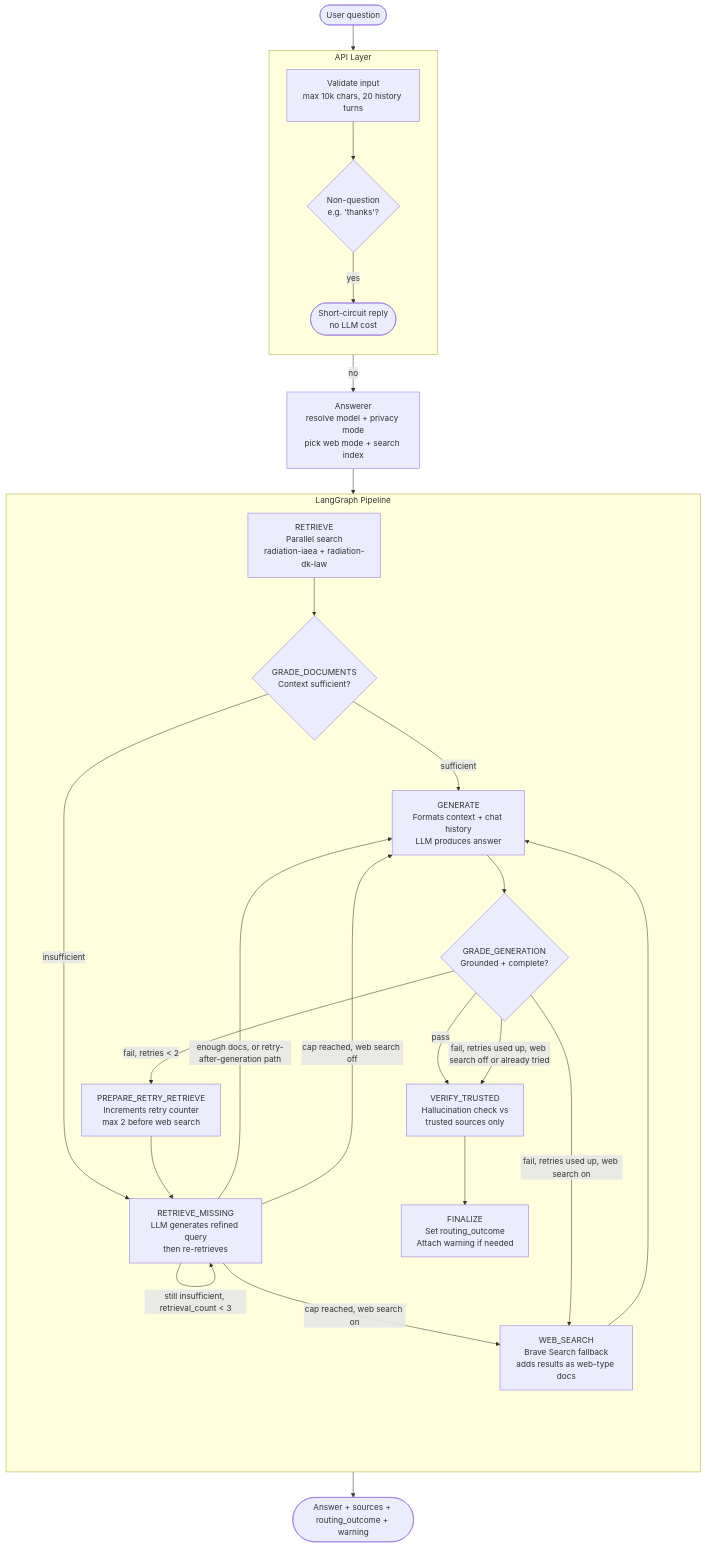
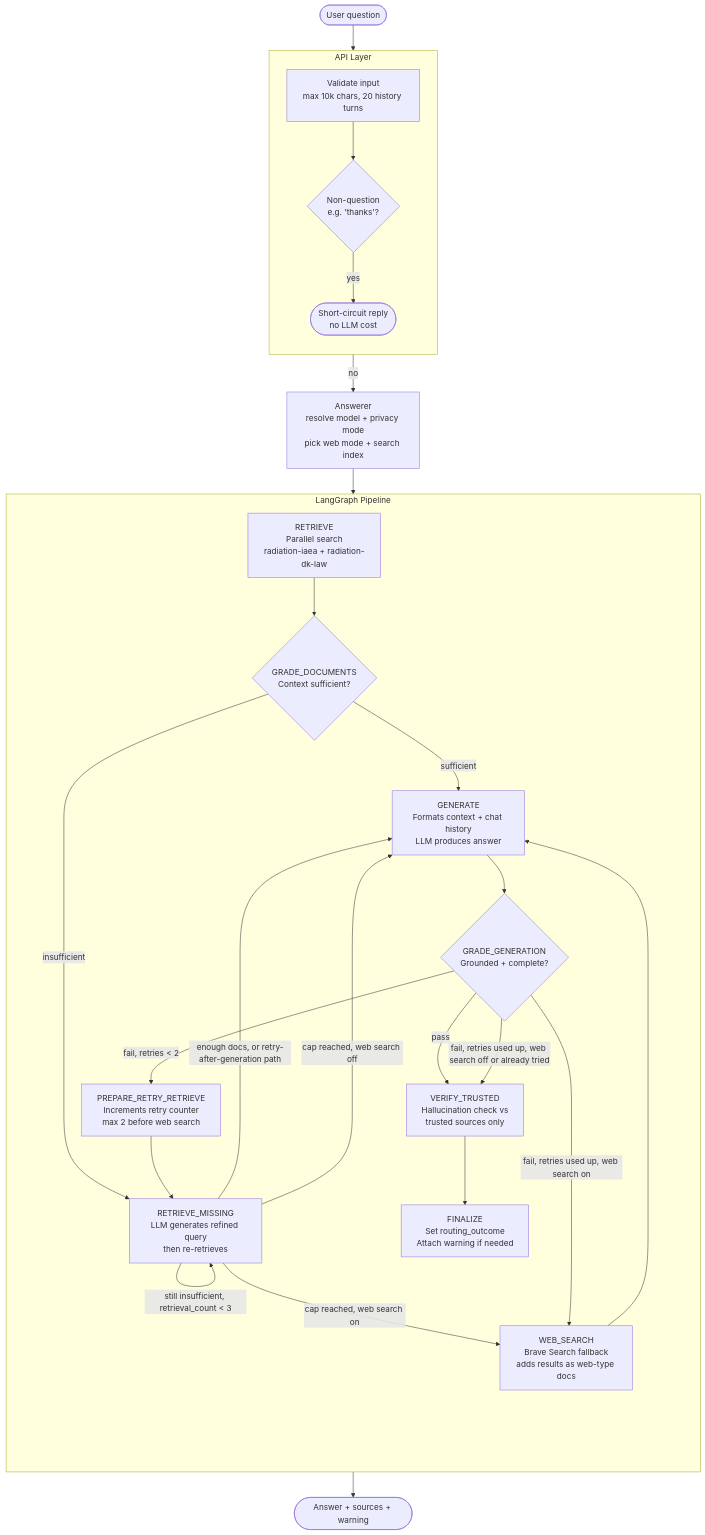
One commit to eikrad/Radiationsafety changed the second of 6 diagrams in docs/architecture.md. Above: the diagram before and after it, drawn with Mermaid. The commit also changed other lines of this file and 6 other files, not shown here.

````diff
--- a/docs/architecture.md
+++ b/docs/architecture.md
@@ -72,46 +33,46 @@
 ```mermaid
 flowchart TD
     Q([User question]) --> API
 
     subgraph API [API Layer]
         direction TB
-        V[Validate input\nmax 10k chars, 20 history turns]
-        NC{Non-question\ne.g. 'thanks'?}
+        V[Validate input<br/>max 10k chars, 20 history turns]
+        NC{Non-question<br/>e.g. 'thanks'?}
         V --> NC
-        NC -->|yes| SC([Short-circuit reply\nno LLM cost])
+        NC -->|yes| SC([Short-circuit reply<br/>no LLM cost])
     end
 
-    NC -->|no| RES[Answerer\nresolve model + privacy mode\npick web mode + search index]
+    NC -->|no| RES[Answerer<br/>resolve model + privacy mode<br/>pick web mode + search index]
     RES --> GRAPH
 
     subgraph GRAPH [LangGraph Pipeline]
         direction TB
-        R[RETRIEVE\nParallel search\nradiation-iaea + radiation-dk-law]
-        GD{GRADE_DOCUMENTS\nContext sufficient?}
-        RM[RETRIEVE_MISSING\nLLM generates refined query\nthen re-retrieves]
-        WS[WEB_SEARCH\nBrave Search fallback\nadds results as web-type docs]
-        GEN[GENERATE\nFormats context + chat history\nLLM produces answer]
-        GG{GRADE_GENERATION\nGrounded + complete?}
-        PRR[PREPARE_RETRY_RETRIEVE\nIncrements retry counter\nmax 2 before web search]
-        VT[VERIFY_TRUSTED\nHallucination check vs\ntrusted sources only]
-        FIN[FINALIZE\nSet routing_outcome\nAttach warning if needed]
+        R[RETRIEVE<br/>Parallel search<br/>radiation-iaea + radiation-dk-law]
+        GD{GRADE_DOCUMENTS<br/>Context sufficient?}
+        RM[RETRIEVE_MISSING<br/>LLM generates refined query<br/>then re-retrieves]
+        WS[WEB_SEARCH<br/>Brave Search fallback<br/>adds results as web-type docs]
+        GEN[GENERATE<br/>Formats context + chat history<br/>LLM produces answer]
+        GG{GRADE_GENERATION<br/>Grounded + complete?}
+        PRR[PREPARE_RETRY_RETRIEVE<br/>Increments retry counter<br/>max 2 before web search]
+        VT[VERIFY_TRUSTED<br/>Hallucination check vs<br/>trusted sources only]
+        FIN[FINALIZE<br/>Set routing_outcome<br/>Attach warning if needed]
 
         R --> GD
         GD -->|sufficient| GEN
         GD -->|insufficient| RM
-        RM -->|enough docs, or retry-after-generation path| GEN
+        RM -->|"enough docs, or retry-after-generation path"| GEN
         RM -->|"still insufficient, retrieval_count < 3"| RM
         RM -->|"cap reached, web search on"| WS
         RM -->|"cap reached, web search off"| GEN
         WS --> GEN
         GEN --> GG
         GG -->|pass| VT
         GG -->|"fail, retries < 2"| PRR
         PRR --> RM
         GG -->|"fail, retries used up, web search on"| WS
         GG -->|"fail, retries used up, web search off or already tried"| VT
         VT --> FIN
     end
 
-    FIN --> ANS([Answer + sources + routing_outcome + warning])
+    FIN --> ANS([Answer + sources + warning])
 ```
````
